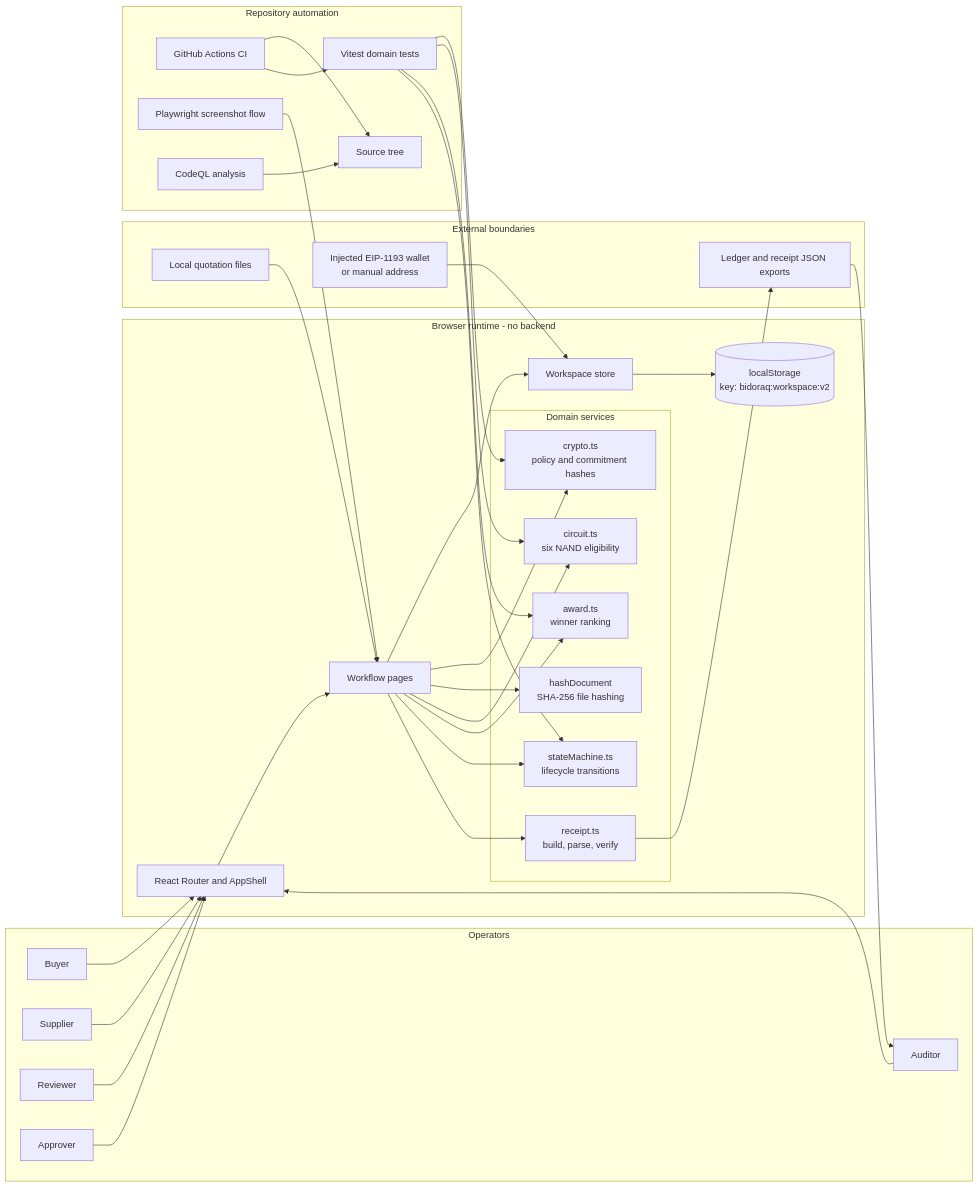
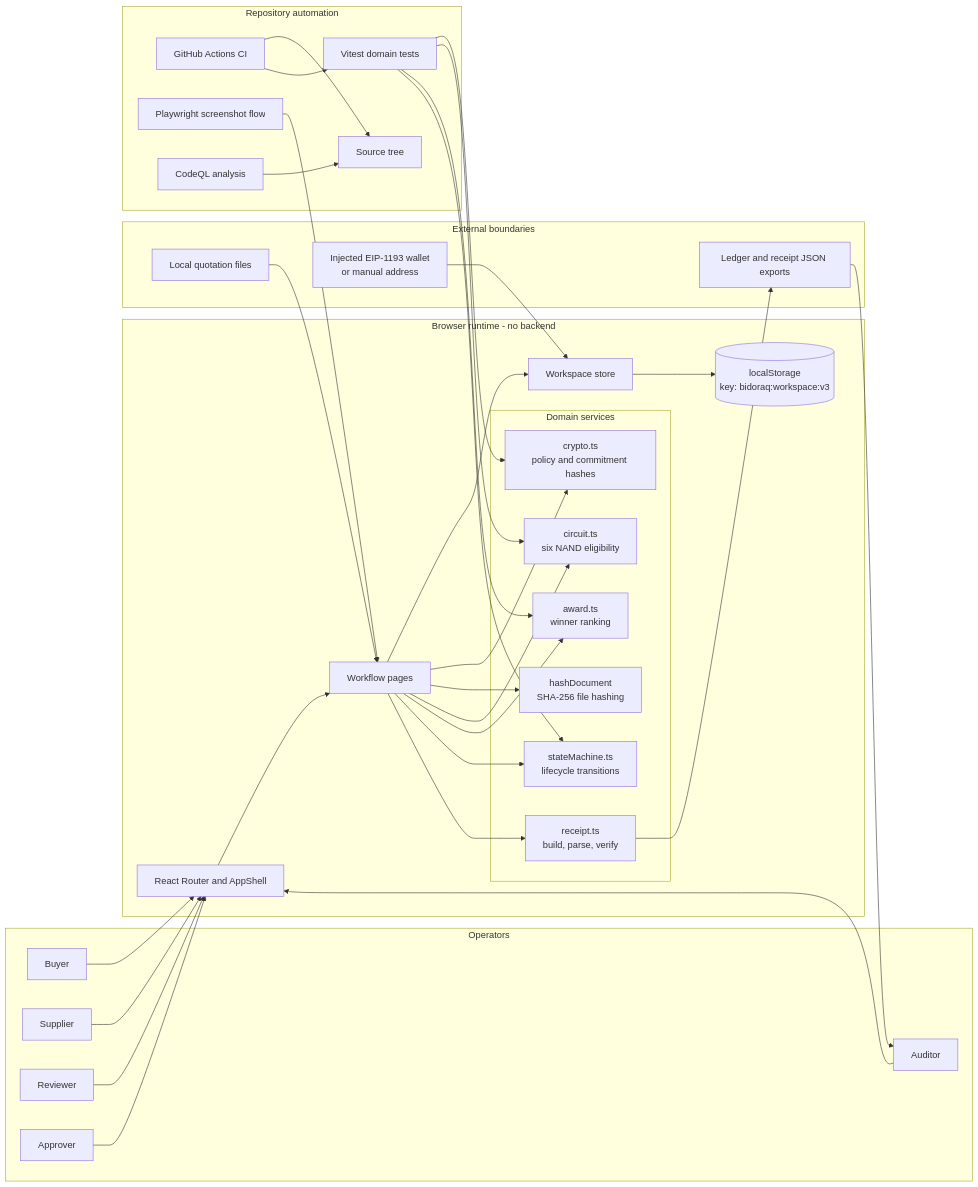
Before and after one commit to opeblow/bidoraq: the first of 2 diagrams in README.md, drawn with Mermaid. The commit also changed other lines of this file, not shown here.

````diff
--- a/README.md
+++ b/README.md
@@ -413,69 +434,69 @@
 ```mermaid
 flowchart LR
   subgraph ACTORS["Operators"]
     BUYER["Buyer"]
     SUPPLIER["Supplier"]
     REVIEWER["Reviewer"]
     APPROVER["Approver"]
     AUDITOR["Auditor"]
   end
 
   subgraph BROWSER["Browser runtime - no backend"]
     ROUTER["React Router and AppShell"]
     PAGES["Workflow pages"]
     STORE["Workspace store"]
-    LS[("localStorage<br/>key: bidoraq:workspace:v2")]
+    LS[("localStorage<br/>key: bidoraq:workspace:v3")]
 
     subgraph DOMAIN["Domain services"]
       CRYPTO["crypto.ts<br/>policy and commitment hashes"]
       FILEHASH["hashDocument<br/>SHA-256 file hashing"]
       CIRCUIT["circuit.ts<br/>six NAND eligibility"]
       AWARD["award.ts<br/>winner ranking"]
       STATE["stateMachine.ts<br/>lifecycle transitions"]
       RECEIPT["receipt.ts<br/>build, parse, verify"]
     end
   end
 
   subgraph EXTERNAL["External boundaries"]
     WALLET["Injected EIP-1193 wallet<br/>or manual address"]
     FILES["Local quotation files"]
     EXPORT["Ledger and receipt JSON exports"]
   end
 
   subgraph AUTOMATION["Repository automation"]
     SOURCE["Source tree"]
     TESTS["Vitest domain tests"]
     CI["GitHub Actions CI"]
     SHOTS["Playwright screenshot flow"]
     CODEQL["CodeQL analysis"]
   end
 
   BUYER --> ROUTER
   SUPPLIER --> ROUTER
   REVIEWER --> ROUTER
   APPROVER --> ROUTER
   AUDITOR --> ROUTER
   ROUTER --> PAGES
 
   WALLET --> STORE
   FILES --> PAGES
   PAGES --> STORE
   PAGES --> CRYPTO
   PAGES --> FILEHASH
   PAGES --> CIRCUIT
   PAGES --> AWARD
   PAGES --> STATE
   PAGES --> RECEIPT
   STORE --> LS
   RECEIPT --> EXPORT
   EXPORT --> AUDITOR
 
   CI --> SOURCE
   CI --> TESTS
   TESTS --> CRYPTO
   TESTS --> CIRCUIT
   TESTS --> AWARD
   TESTS --> STATE
   SHOTS --> PAGES
   CODEQL --> SOURCE
 ```
````
